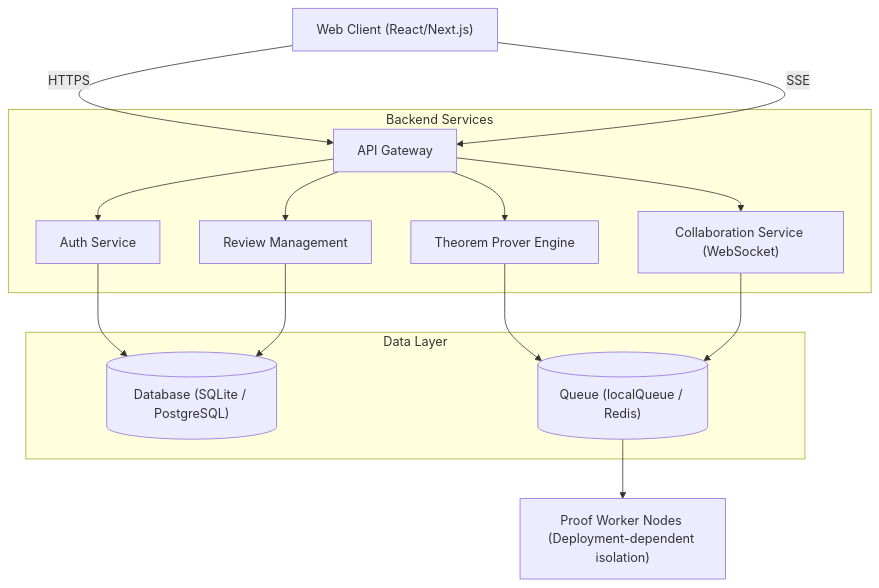
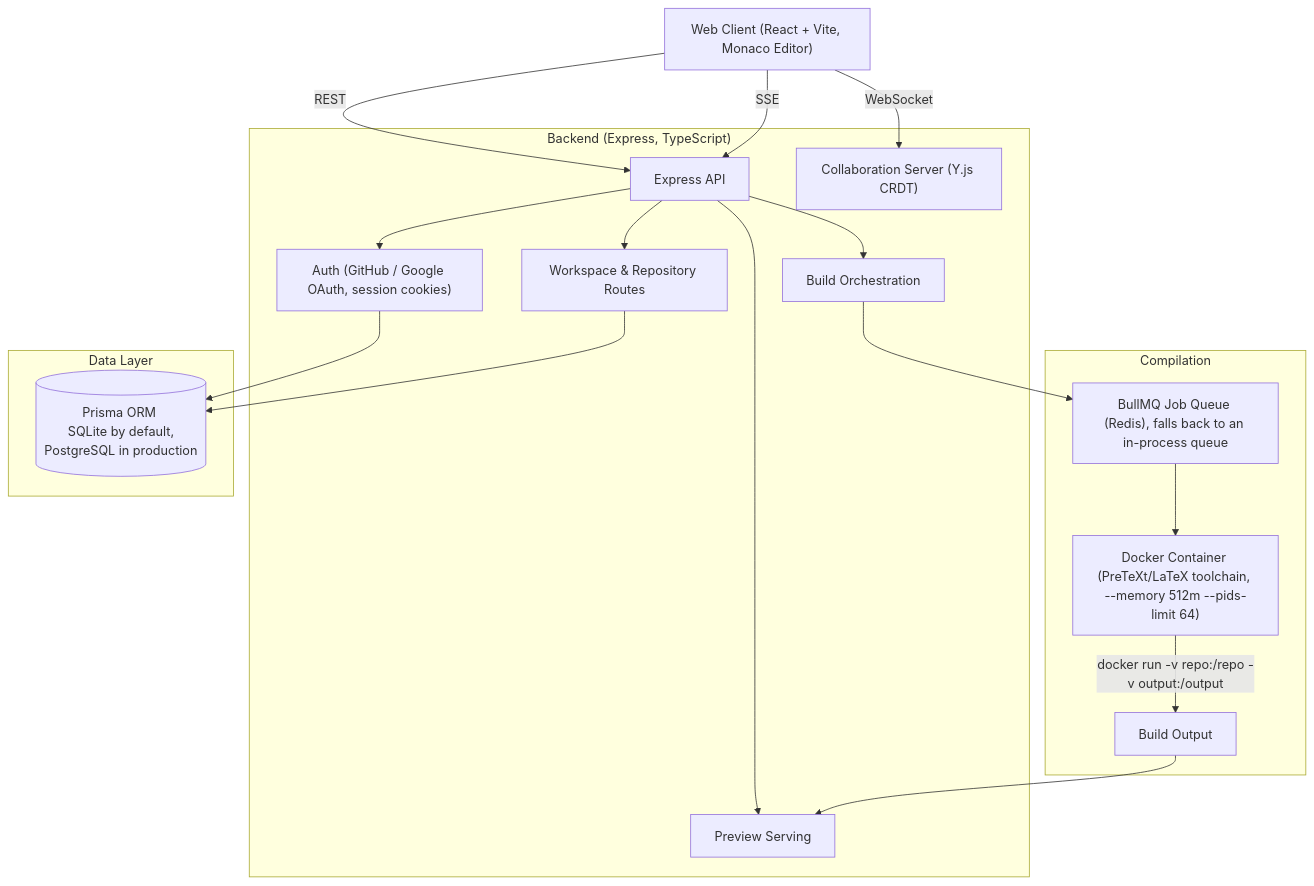
One commit to harsharajkumar-273/Proofdesk changed the diagram in ARCHITECTURE.md. Above: the diagram before and after it, drawn with Mermaid. The commit also changed other lines of this file and 1 other file, not shown here.

````diff
--- a/ARCHITECTURE.md
+++ b/ARCHITECTURE.md
@@ -9,21 +9,26 @@
 ```mermaid
-graph TD
-    Client["Web Client (React/Next.js)"] -->|HTTPS| API["API Gateway"]
+flowchart TD
+    Client["Web Client (React + Vite, Monaco Editor)"] -->|REST| API["Express API"]
+    Client -->|WebSocket| Collab["Collaboration Server (Y.js CRDT)"]
     Client -->|SSE| API
-    
-    subgraph Backend Services
-        API --> Auth["Auth Service"]
-        API --> Prover["Theorem Prover Engine"]
-        API --> Collab["Collaboration Service (WebSocket)"]
-        API --> Review["Review Management"]
+
+    subgraph Backend["Backend (Express, TypeScript)"]
+        API --> Auth["Auth (GitHub / Google OAuth, session cookies)"]
+        API --> Workspace["Workspace & Repository Routes"]
+        API --> Build["Build Orchestration"]
+        API --> Preview["Preview Serving"]
+        Collab
     end
-    
-    subgraph Data Layer
-        Auth --> DB[("Database (SQLite / PostgreSQL)")]
-        Prover --> Queue[("Queue (localQueue / Redis)")]
-        Review --> DB
-        Collab --> Queue
+
+    subgraph Compile["Compilation"]
+        Build --> Queue["BullMQ Job Queue (Redis), falls back to an in-process queue"]
+        Queue --> Docker["Docker Container (PreTeXt/LaTeX toolchain, --memory 512m --pids-limit 64)"]
+        Docker -->|"docker run -v repo:/repo -v output:/output"| Output["Build Output"]
     end
-    
-    Queue --> Workers["Proof Worker Nodes (Deployment-dependent isolation)"]
+
+    subgraph Data["Data Layer"]
+        Auth --> DB[("Prisma ORM \n SQLite by default, PostgreSQL in production")]
+        Workspace --> DB
+        Output --> Preview
+    end
 ```
````
